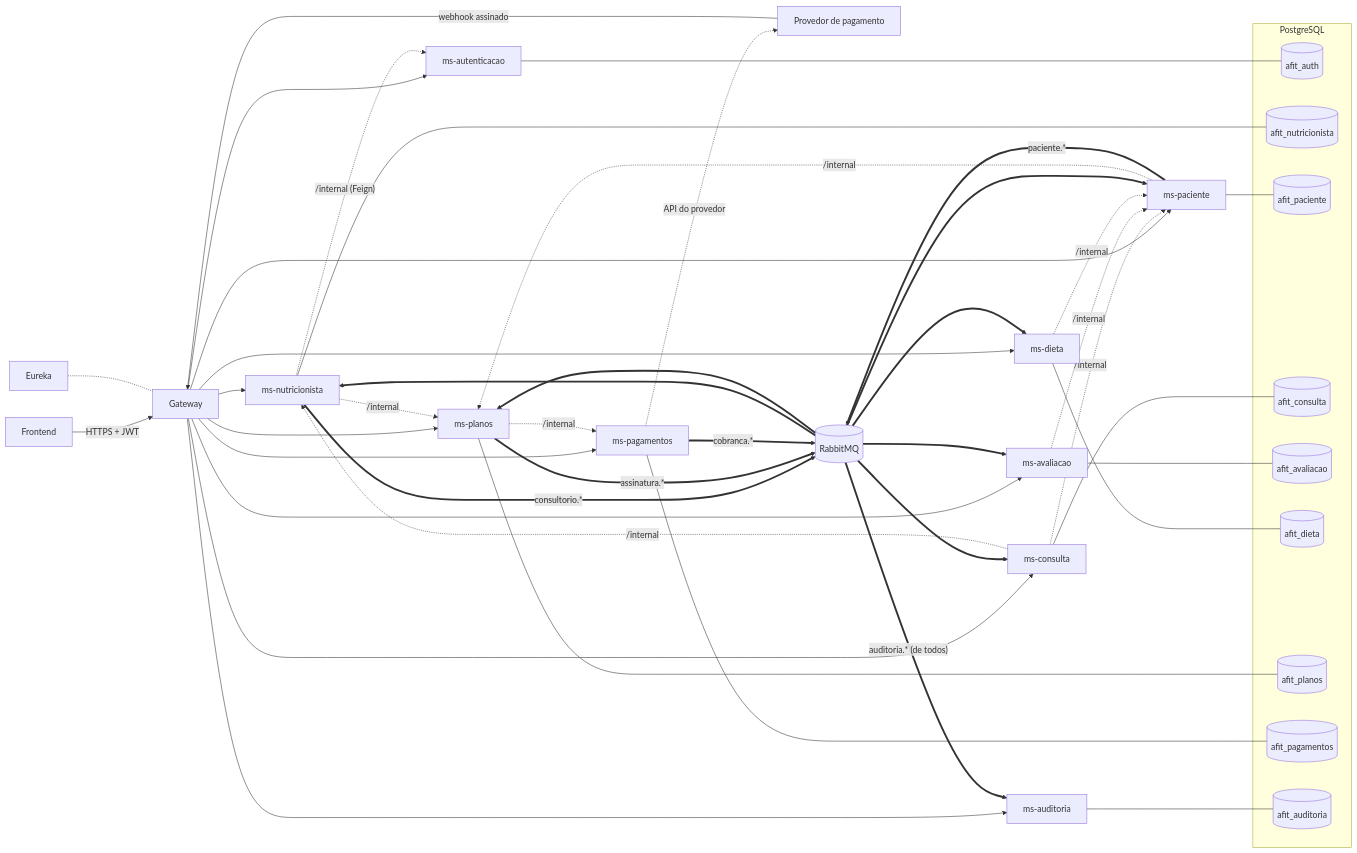
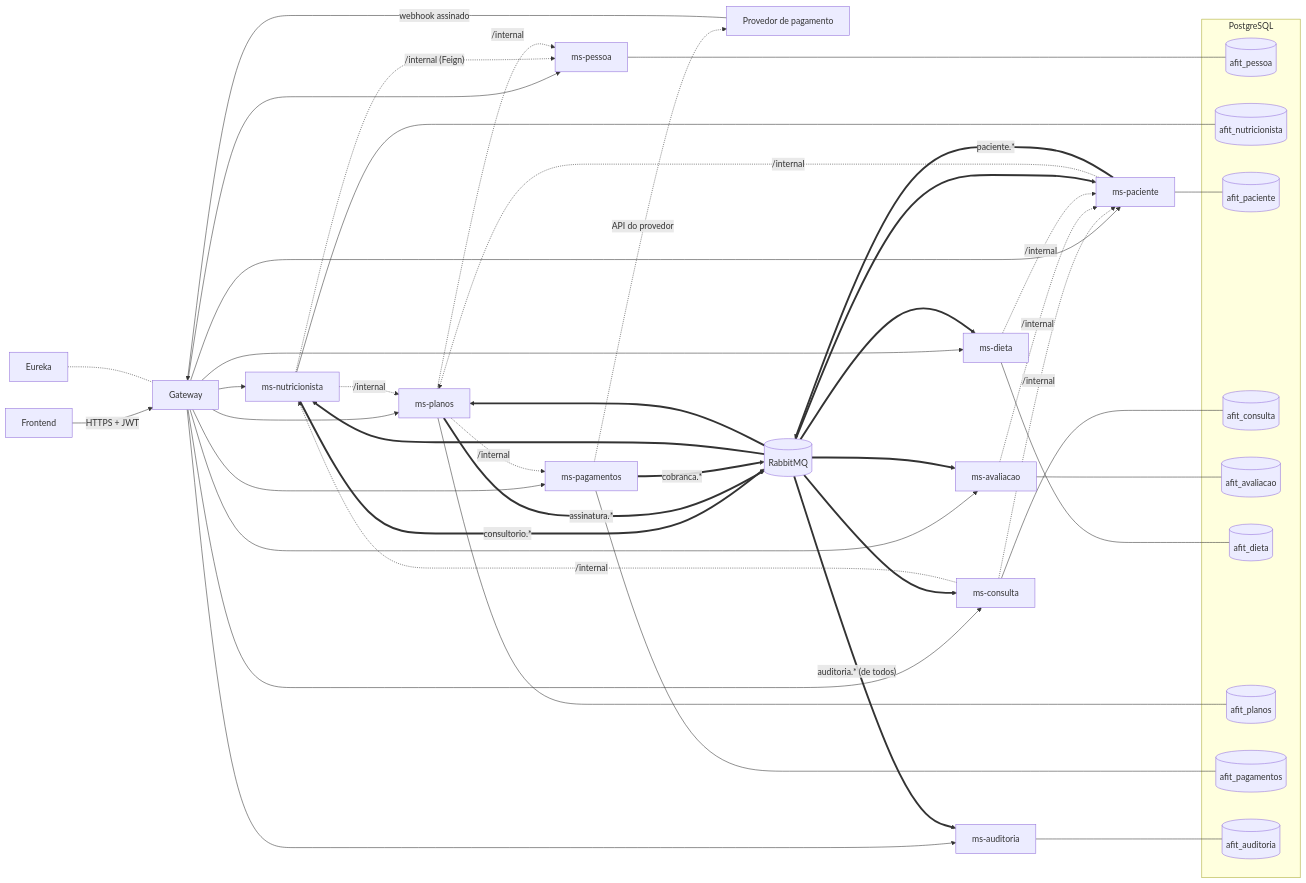
The first of 6 diagrams in docs/ARQUITETURA.md (AFITCENTER/AFitCenter), drawn with Mermaid before and after one commit. The commit also changed other lines of this file and 4 other files, not shown here.

````diff
--- a/docs/ARQUITETURA.md
+++ b/docs/ARQUITETURA.md
@@ -7,59 +7,60 @@
 ```mermaid
 flowchart LR
     FE[Frontend] -->|HTTPS + JWT| GW[Gateway]
-    GW --> AUTH[ms-autenticacao]
+    GW --> PES[ms-pessoa]
     GW --> NUT[ms-nutricionista]
     GW --> PAC[ms-paciente]
     GW --> CON[ms-consulta]
     GW --> AVA[ms-avaliacao]
     GW --> DIE[ms-dieta]
     GW --> PLA[ms-planos]
     GW --> PAG[ms-pagamentos]
     GW --> AUD[ms-auditoria]
     PSP[Provedor de pagamento] -->|webhook assinado| GW
 
-    NUT -. "/internal (Feign)" .-> AUTH
+    NUT -. "/internal (Feign)" .-> PES
     CON -. "/internal" .-> PAC
     CON -. "/internal" .-> NUT
     AVA -. "/internal" .-> PAC
     DIE -. "/internal" .-> PAC
     PAC -. "/internal" .-> PLA
     NUT -. "/internal" .-> PLA
+    PLA -. "/internal" .-> PES
     PLA -. "/internal" .-> PAG
     PAG -. "API do provedor" .-> PSP
 
     PAC == "paciente.*" ==> MQ[(RabbitMQ)]
     NUT == "consultorio.*" ==> MQ
     PLA == "assinatura.*" ==> MQ
     PAG == "cobranca.*" ==> MQ
     MQ ==> CON
     MQ ==> AVA
     MQ ==> DIE
     MQ ==> PAC
     MQ ==> NUT
     MQ ==> PLA
     MQ == "auditoria.* (de todos)" ==> AUD
 
     REG[Eureka] -.- GW
 
     subgraph PG[PostgreSQL]
-        DB1[(afit_auth)]
+        DB1[(afit_pessoa)]
         DB2[(afit_nutricionista)]
         DB3[(afit_paciente)]
         DB4[(afit_consulta)]
         DB5[(afit_avaliacao)]
         DB6[(afit_dieta)]
         DB7[(afit_planos)]
         DB8[(afit_pagamentos)]
         DB9[(afit_auditoria)]
     end
-    AUTH --- DB1
+    PES --- DB1
     NUT --- DB2
     PAC --- DB3
     CON --- DB4
     AVA --- DB5
     DIE --- DB6
     PLA --- DB7
     PAG --- DB8
     AUD --- DB9
 ```
````
